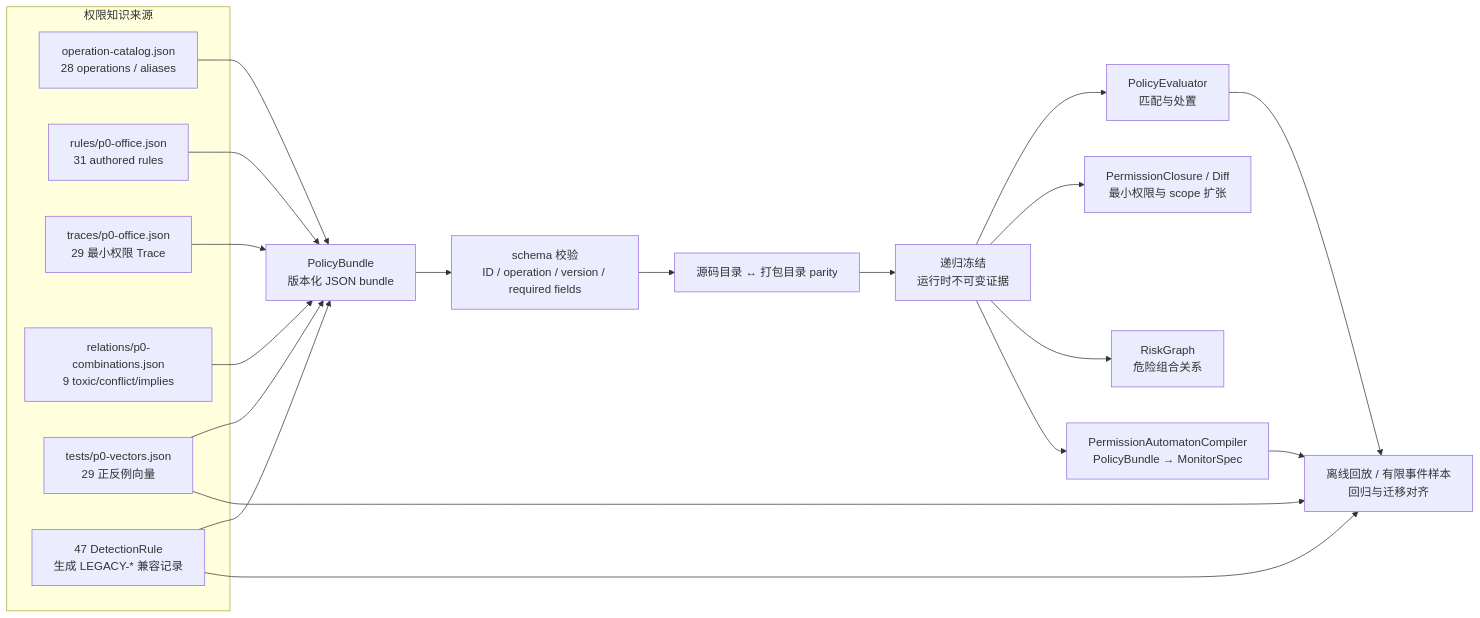
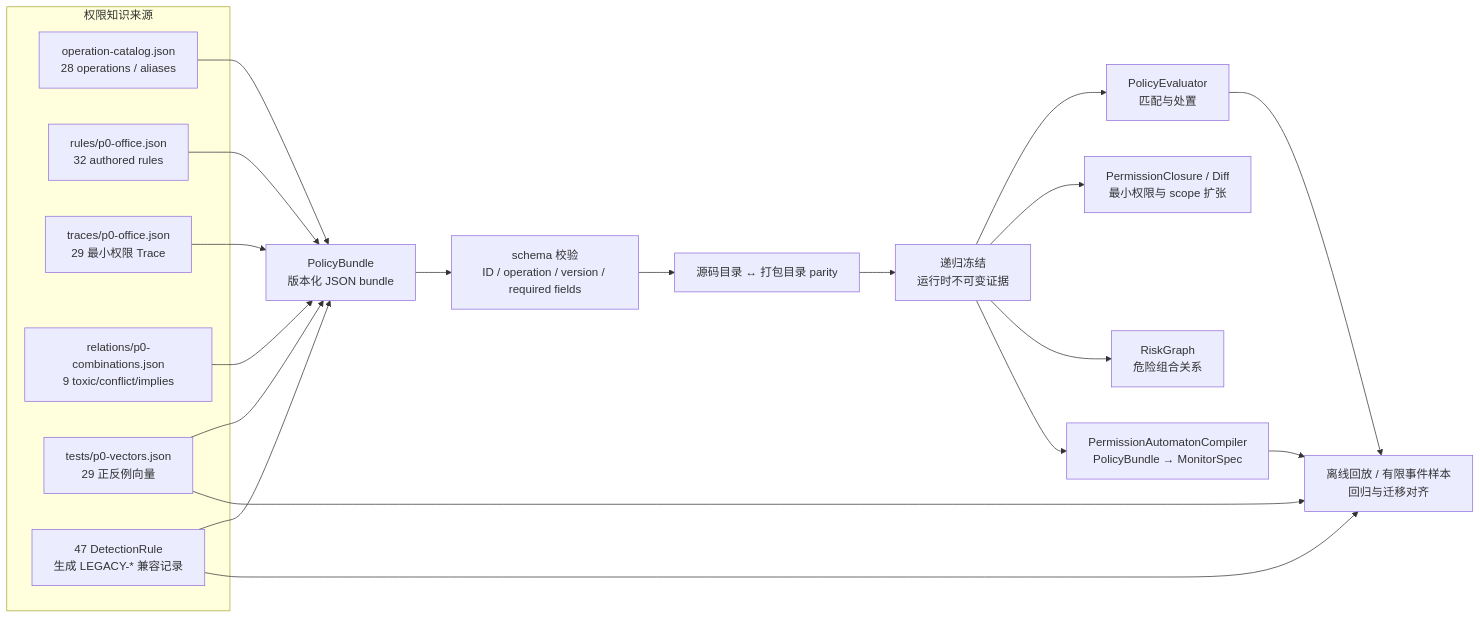
One commit to HorizonExploration/RVguarder changed the third of 4 diagrams in docs/architecture/permission-modeling-diagrams.md. Above: the diagram before and after it, drawn with Mermaid. The commit also changed 12 other files, not shown here.

````diff
--- a/docs/architecture/permission-modeling-diagrams.md
+++ b/docs/architecture/permission-modeling-diagrams.md
@@ -113,29 +113,29 @@
 ```mermaid
 flowchart LR
     subgraph SRC[权限知识来源]
         CATALOG[operation-catalog.json\n28 operations / aliases]
-        RULES[rules/p0-office.json\n31 authored rules]
+        RULES[rules/p0-office.json\n32 authored rules]
         TRACE[traces/p0-office.json\n29 最小权限 Trace]
         REL[relations/p0-combinations.json\n9 toxic/conflict/implies]
         VEC[tests/p0-vectors.json\n29 正反例向量]
         LEG[47 DetectionRule\n生成 LEGACY-* 兼容记录]
     end
 
     BUNDLE[PolicyBundle\n版本化 JSON bundle]
     SCHEMA[schema 校验\nID / operation / version / required fields]
     PARITY[源码目录 ↔ 打包目录 parity]
     FREEZE[递归冻结\n运行时不可变证据]
     EVAL[PolicyEvaluator\n匹配与处置]
     CLOSURE[PermissionClosure / Diff\n最小权限与 scope 扩张]
     GRAPH[RiskGraph\n危险组合关系]
     COMP[PermissionAutomatonCompiler\nPolicyBundle → MonitorSpec]
     TEST[离线回放 / 有限事件样本\n回归与迁移对齐]
 
     CATALOG & RULES & TRACE & REL & VEC & LEG --> BUNDLE
     BUNDLE --> SCHEMA --> PARITY --> FREEZE
     FREEZE --> EVAL & CLOSURE & GRAPH & COMP
     VEC --> TEST
     LEG --> TEST
     EVAL --> TEST
     COMP --> TEST
 ```
````
